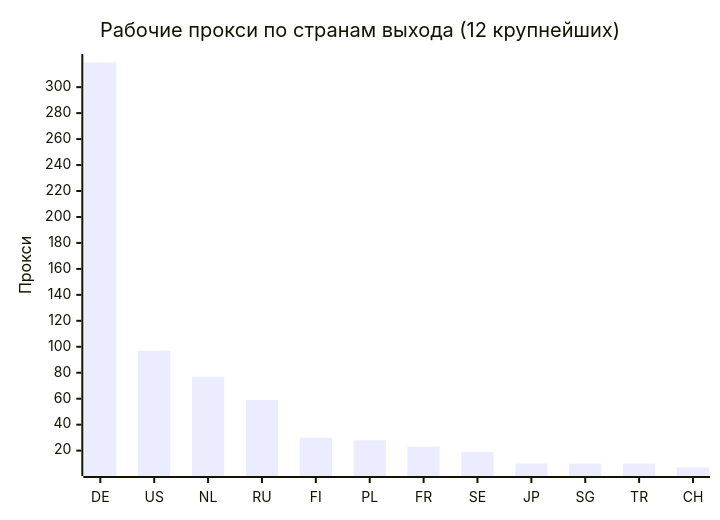
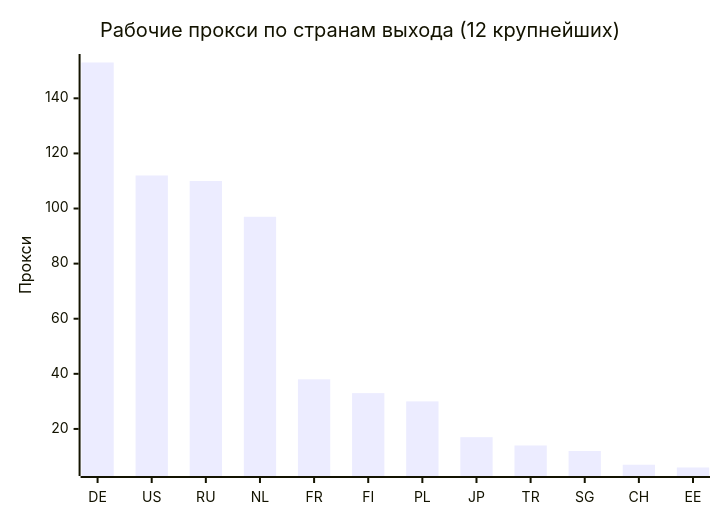
One commit to rvvg/proxy-subs changed the second of 4 diagrams in README.md. Above: the diagram before and after it, drawn with Mermaid. The commit also changed other lines of this file and 40 other files, not shown here.

````diff
--- a/README.md
+++ b/README.md
@@ -120,7 +122,7 @@
 ```mermaid
 xychart-beta
     title "Рабочие прокси по странам выхода (12 крупнейших)"
-    x-axis ["DE", "US", "NL", "RU", "FI", "PL", "FR", "SE", "JP", "SG", "TR", "CH"]
+    x-axis ["DE", "US", "RU", "NL", "FR", "FI", "PL", "JP", "TR", "SG", "CH", "EE"]
     y-axis "Прокси"
-    bar [319, 97, 77, 59, 30, 28, 23, 19, 10, 10, 10, 7]
+    bar [153, 112, 110, 97, 38, 33, 30, 17, 14, 12, 7, 6]
 ```
````
